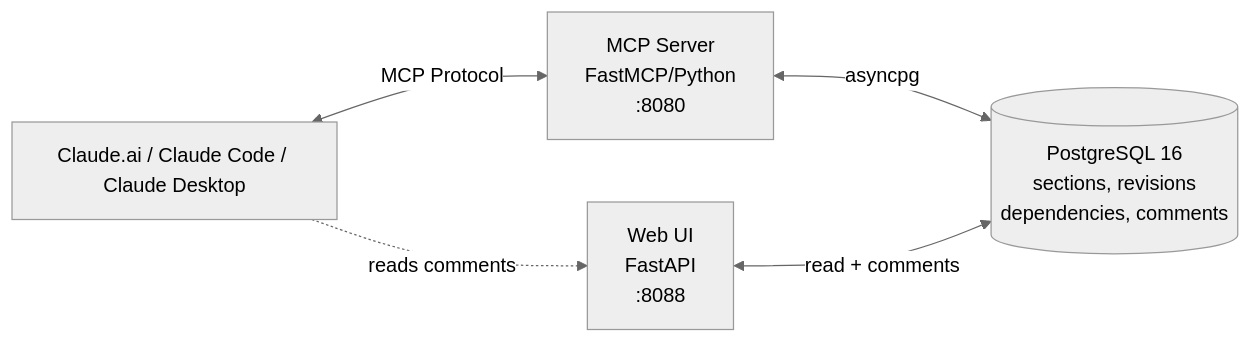
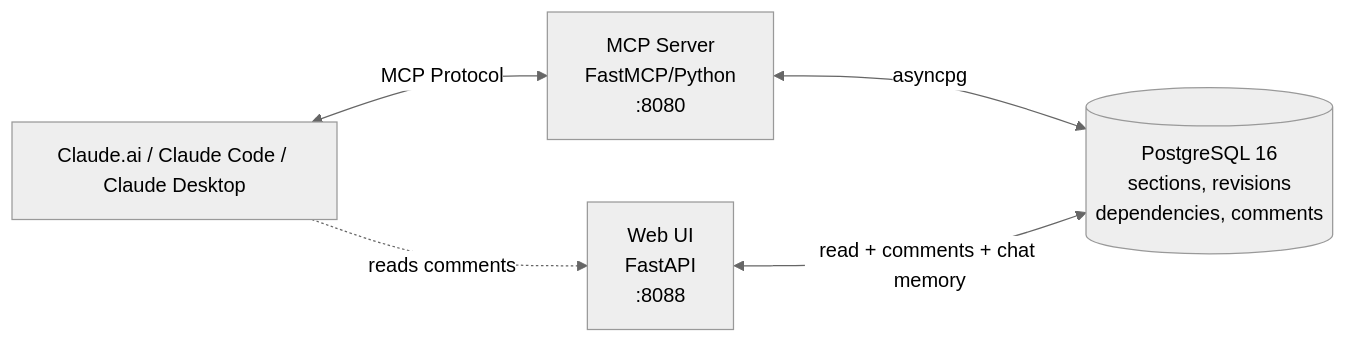
The diagram in README.md (TomMaSS/PRDforge), drawn with Mermaid (neutral theme) before and after one commit. The commit also changed other lines of this file and 17 other files, not shown here.

````diff
--- a/README.md
+++ b/README.md
@@ -36,7 +36,7 @@
 ```mermaid
 graph LR
     A[Claude.ai / Claude Code / Claude Desktop] <-->|MCP Protocol| B[MCP Server<br/>FastMCP/Python<br/>:8080]
     B <-->|asyncpg| C[(PostgreSQL 16<br/>sections, revisions<br/>dependencies, comments)]
-    D[Web UI<br/>FastAPI<br/>:8088] <-->|read + comments| C
+    D[Web UI<br/>FastAPI<br/>:8088] <-->|read + comments + chat memory| C
     A -.->|reads comments| D
 ```
````
